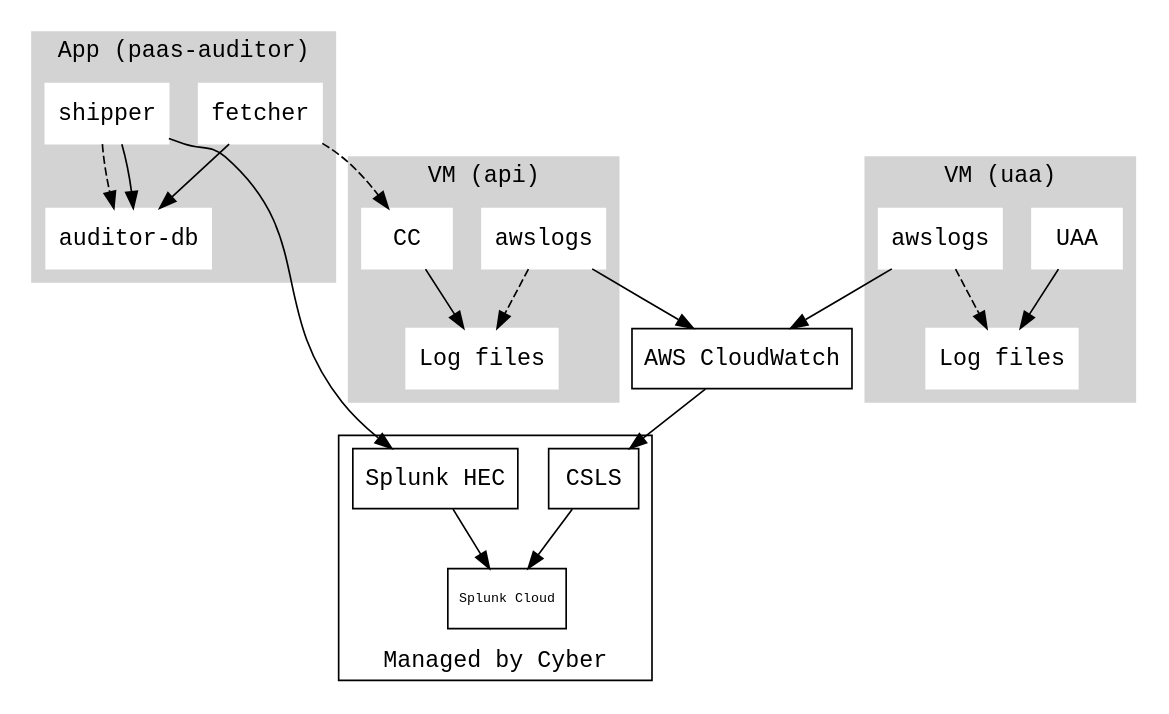
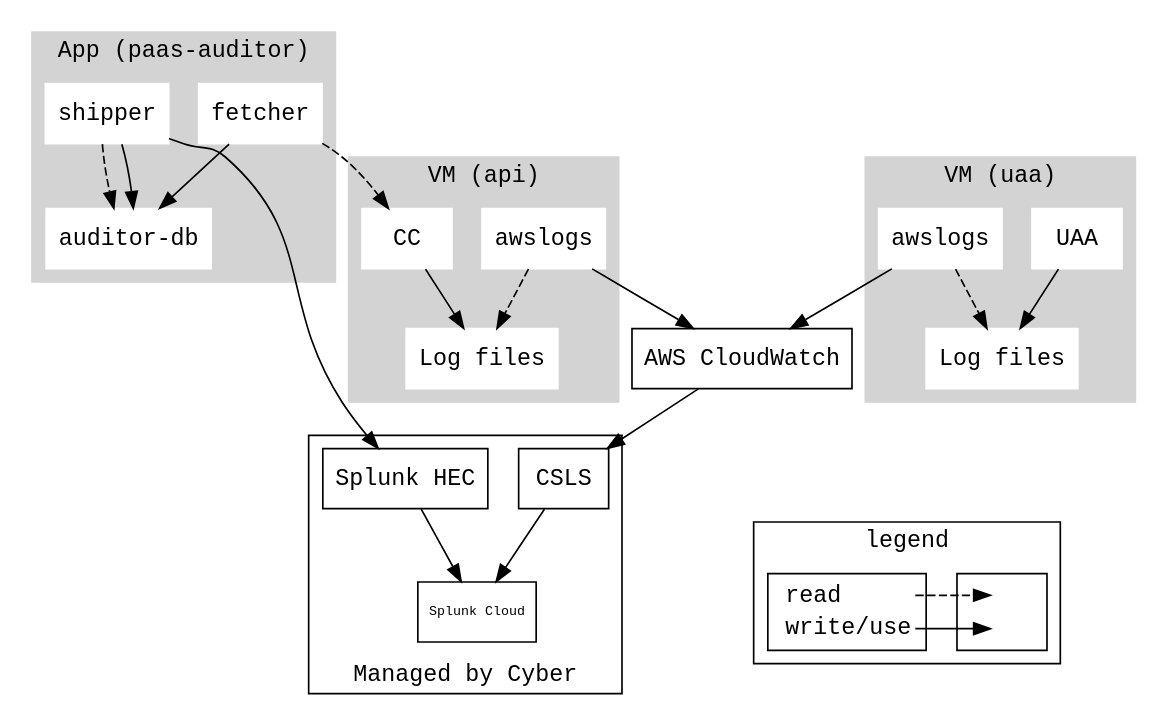
One commit to alphagov/paas-team-manual changed the diagram in source/diagrams/audit-cloudfoundry.dot. Above: the diagram before and after it, drawn with Graphviz. The commit also changed 7 other files, not shown here.

Commit message:
Add legend to audit-[bosh|cloudfoundry] diagrams

```diff
--- a/source/diagrams/audit-cloudfoundry.dot
+++ b/source/diagrams/audit-cloudfoundry.dot
@@ -1,69 +1,85 @@
 digraph G {
   node [shape=rect, fontname="monospace"];
   graph [fontname="monospace"];
   
   subgraph cluster_1 {
     style=filled;
     color=lightgrey;
     node [style=filled,color=white];
     label = "App (paas-auditor)";
     shipper;
     fetcher;
     
       
     db [label="auditor-db"];    
     shipper -> db [style="dashed"];
     shipper -> db;
     fetcher -> db;
   }
   
   subgraph cluster_2 {
     style=filled;
     color=lightgrey;
     node [style=filled,color=white];
     label = "VM (api)";
     
     cc_api [label="CC"];
     cc_awslogs [label="awslogs"];
     cc_log_files [label="Log files"];
     
     cc_awslogs -> cc_log_files [style="dashed"];
     cc_api -> cc_log_files;
   }
   
   subgraph cluster_3 {
     style=filled;
     color=lightgrey;
     node [style=filled,color=white];
     label = "VM (uaa)";
     
     uaa_api [label="UAA"];
     uaa_awslogs [label="awslogs"];
     uaa_log_files[label="Log files"]
     
     uaa_log_files;
     uaa_awslogs -> uaa_log_files [style="dashed"];
     uaa_api -> uaa_log_files;
   }
   
   subgraph cluster_4 {
     label = "Managed by Cyber";
     labelloc=b;
     hec;
     csls;
     splunk
   }
-  
+
+  subgraph cluster_5 {
+    label = "legend";
+    labelloc=tl;
+    key2 [label=<<table border="0" cellpadding="2" cellspacing="0" cellborder="0">
+      <tr><td port="i1">&nbsp;</td></tr>
+      <tr><td port="i2">&nbsp;</td></tr>
+      </table>>]
+    key [label=<<table border="0" cellpadding="2" cellspacing="0" cellborder="0">
+      <tr><td align="left" port="i1">read</td></tr>
+      <tr><td align="left" port="i2">write/use</td></tr>
+      </table>>]
+    key:i1:e -> key2:i1:w [ordering=out,constraint=false,style=dashed]
+    key:i2:e -> key2:i2:w [ordering=out,constraint=false]
+  }
+
   splunk [label="Splunk Cloud", fontsize=8];
   csls [label="CSLS"];
   hec [label="Splunk HEC"];
   cloudwatch [label="AWS CloudWatch"];
   
   fetcher -> cc_api [style="dashed"];
   shipper -> hec;
   hec -> splunk;
   csls -> splunk;
   cloudwatch -> csls;
   cc_awslogs -> cloudwatch;
   uaa_awslogs -> cloudwatch;
+  uaa_log_files -> key2 [style="invis",minlen="2"];
 }
```
